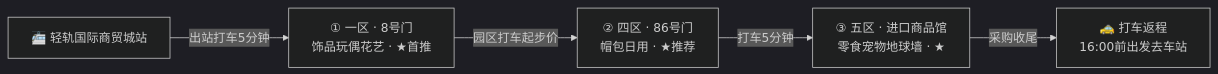
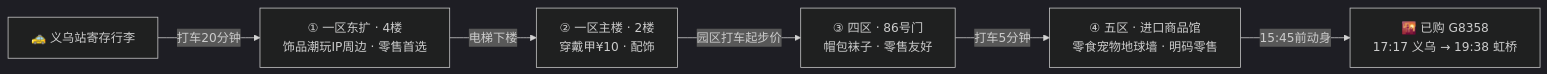
Before and after one commit to hezhijie0327/ZJBlog: the diagram in content/blogs/hengdian-yiwu-national-day-guide.md, drawn with Mermaid (dark theme). The commit also changed other lines of this file, not shown here.

````diff
--- a/content/blogs/hengdian-yiwu-national-day-guide.md
+++ b/content/blogs/hengdian-yiwu-national-day-guide.md
@@ -151,7 +176,8 @@
 ```mermaid
 flowchart LR
-    A["🚈 轻轨国际商贸城站"] -->|"出站打车5分钟"| B["① 一区 · 8号门<br/>饰品玩偶花艺 · ★首推"]
-    B -->|"园区打车起步价"| C["② 四区 · 86号门<br/>帽包日用 · ★推荐"]
-    C -->|"打车5分钟"| D["③ 五区 · 进口商品馆<br/>零食宠物地球墙 · ★"]
-    D -->|"采购收尾"| E["🚕 打车返程<br/>16:00前出发去车站"]
+    A["🚕 义乌站寄存行李"] -->|"打车20分钟"| B["① 一区东扩 · 4楼<br/>饰品潮玩IP周边 · 零售首选"]
+    B -->|"电梯下楼"| C["② 一区主楼 · 2楼<br/>穿戴甲¥10 · 配饰"]
+    C -->|"园区打车起步价"| D["③ 四区 · 86号门<br/>帽包袜子 · 零售友好"]
+    D -->|"打车5分钟"| E["④ 五区 · 进口商品馆<br/>零食宠物地球墙 · 明码零售"]
+    E -->|"15:45前动身"| F["🌇 已购 G8358<br/>17:17 义乌 → 19:38 虹桥"]
 ```
````
